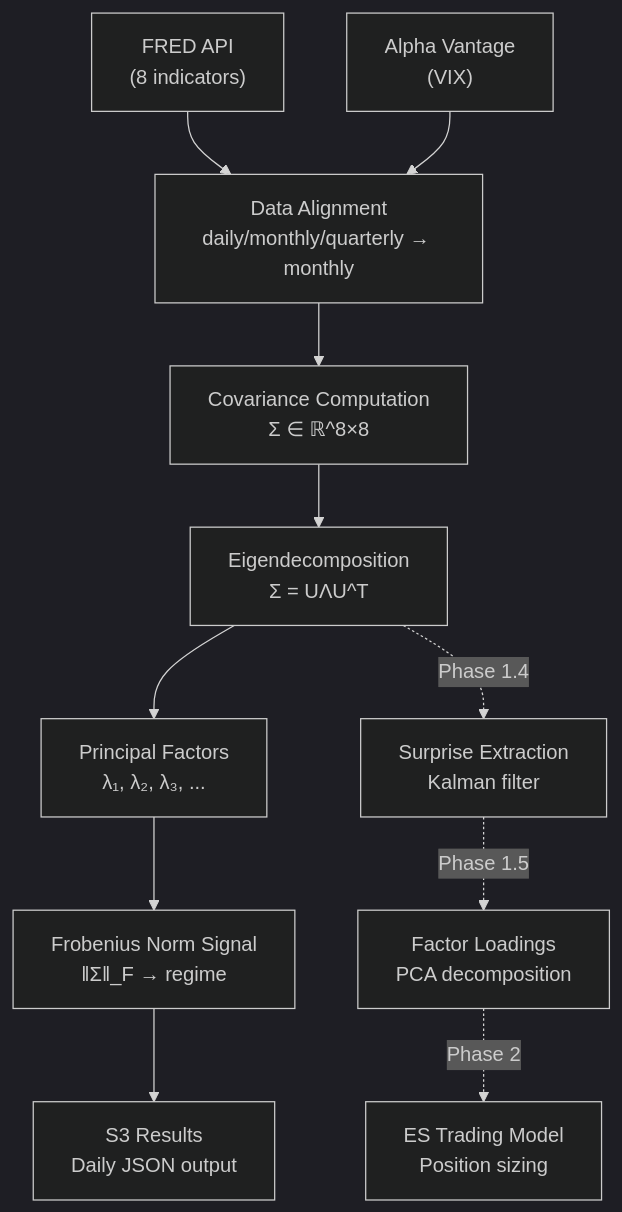
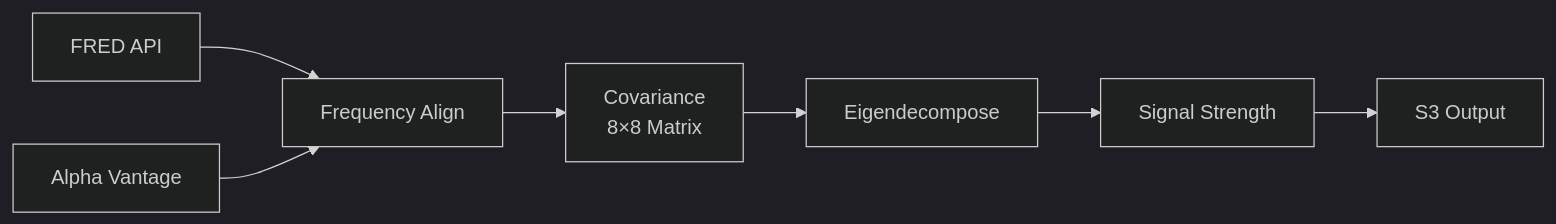
One commit to RyanJHamby/InvertedYieldCurveTrader changed the first of 3 diagrams in README.md. Above: the diagram before and after it, drawn with Mermaid (dark theme). The commit also changed other lines of this file, not shown here.

````diff
--- a/README.md
+++ b/README.md
@@ -30,14 +30,9 @@
 ```mermaid
-graph TD
-    A["FRED API<br/>(8 indicators)"] --> C["Data Alignment<br/>daily/monthly/quarterly → monthly"]
-    B["Alpha Vantage<br/>(VIX)"] --> C
-    C --> D["Covariance Computation<br/>Σ ∈ ℝ^8×8"]
-    D --> E["Eigendecomposition<br/>Σ = UΛU^T"]
-    E --> F["Principal Factors<br/>λ₁, λ₂, λ₃, ..."]
-    F --> G["Frobenius Norm Signal<br/>‖Σ‖_F → regime"]
-    G --> H["S3 Results<br/>Daily JSON output"]
-
-    E -.->|Phase 1.4| I["Surprise Extraction<br/>Kalman filter"]
-    I -.->|Phase 1.5| J["Factor Loadings<br/>PCA decomposition"]
-    J -.->|Phase 2| K["ES Trading Model<br/>Position sizing"]
+graph LR
+    A["FRED API"] --> C["Frequency Align"]
+    B["Alpha Vantage"] --> C
+    C --> D["Covariance<br/>8×8 Matrix"]
+    D --> E["Eigendecompose"]
+    E --> F["Signal Strength"]
+    F --> G["S3 Output"]
 ```
````
